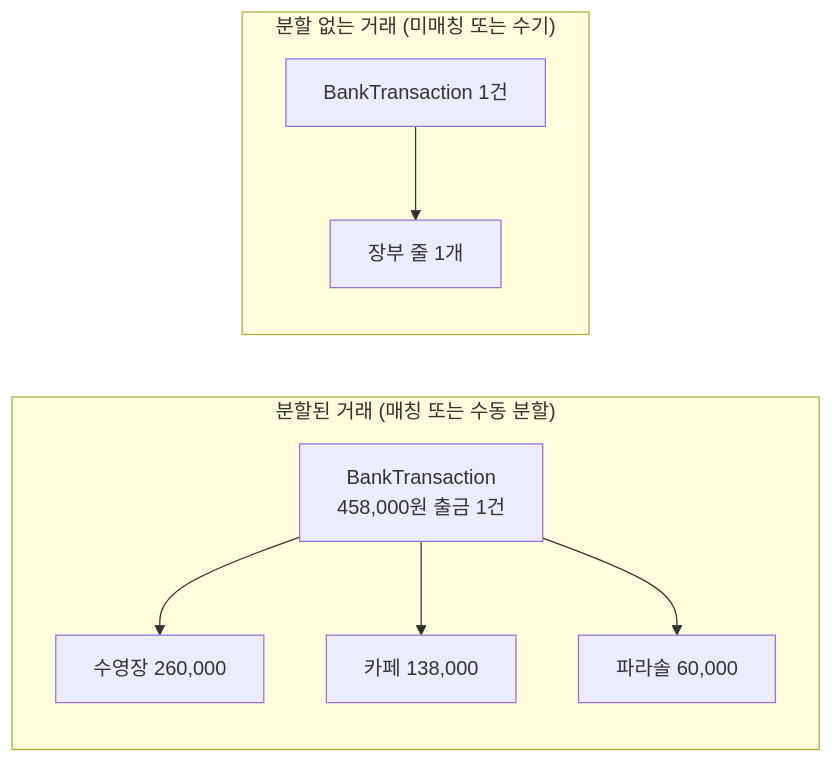
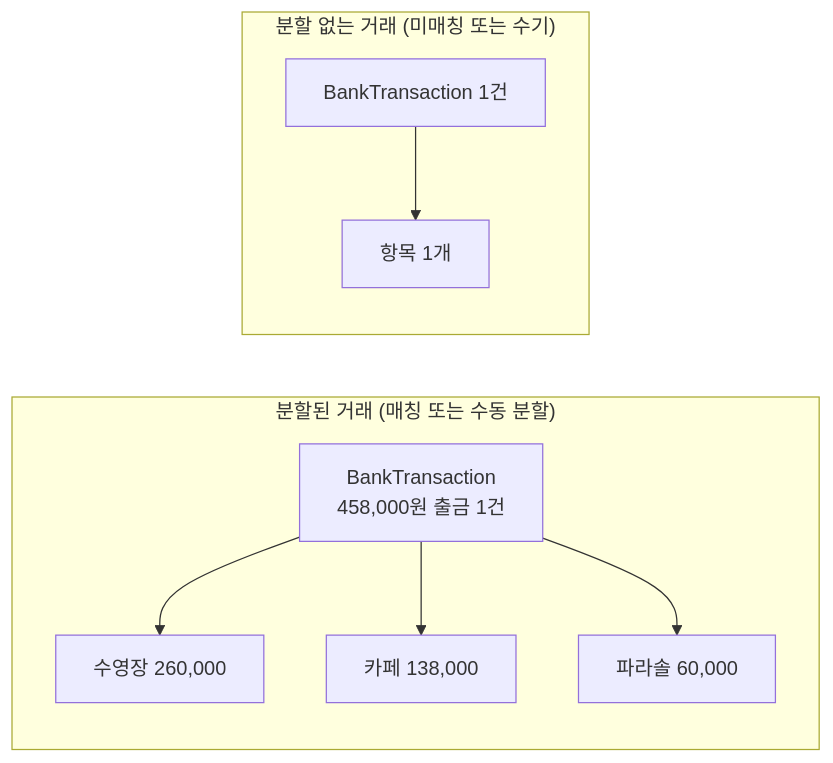
Before and after one commit to Ciracino88/nanuri-ios-app: the second of 4 diagrams in NanuriAdmin/Features/Finance/README.md, drawn with Mermaid. The commit also changed other lines of this file and 7 other files, not shown here.

````diff
--- a/NanuriAdmin/Features/Finance/README.md
+++ b/NanuriAdmin/Features/Finance/README.md
@@ -120,12 +132,12 @@
 ```mermaid
 flowchart LR
     subgraph g1["분할된 거래 (매칭 또는 수동 분할)"]
       t1["BankTransaction<br/>458,000원 출금 1건"]
       t1 --> r1["수영장 260,000"]
       t1 --> r2["카페 138,000"]
       t1 --> r3["파라솔 60,000"]
     end
     subgraph g2["분할 없는 거래 (미매칭 또는 수기)"]
-      t2["BankTransaction 1건"] --> r4["장부 줄 1개"]
+      t2["BankTransaction 1건"] --> r4["항목 1개"]
     end
 ```
````
